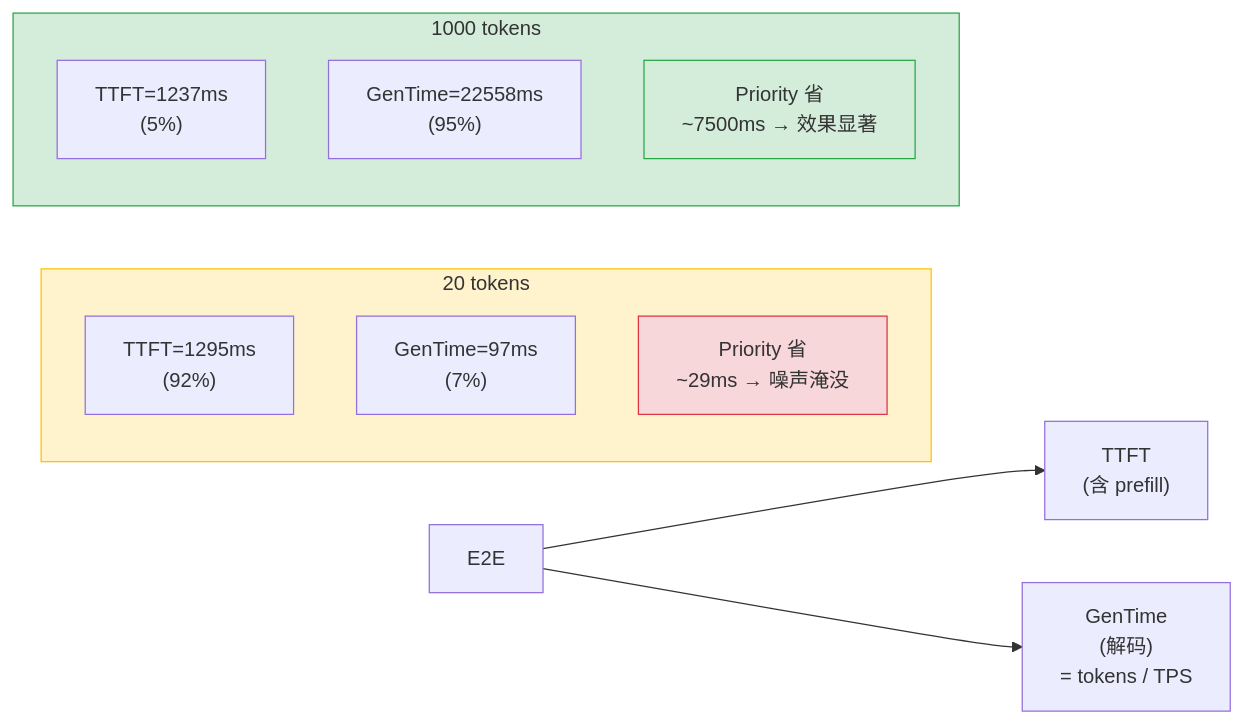
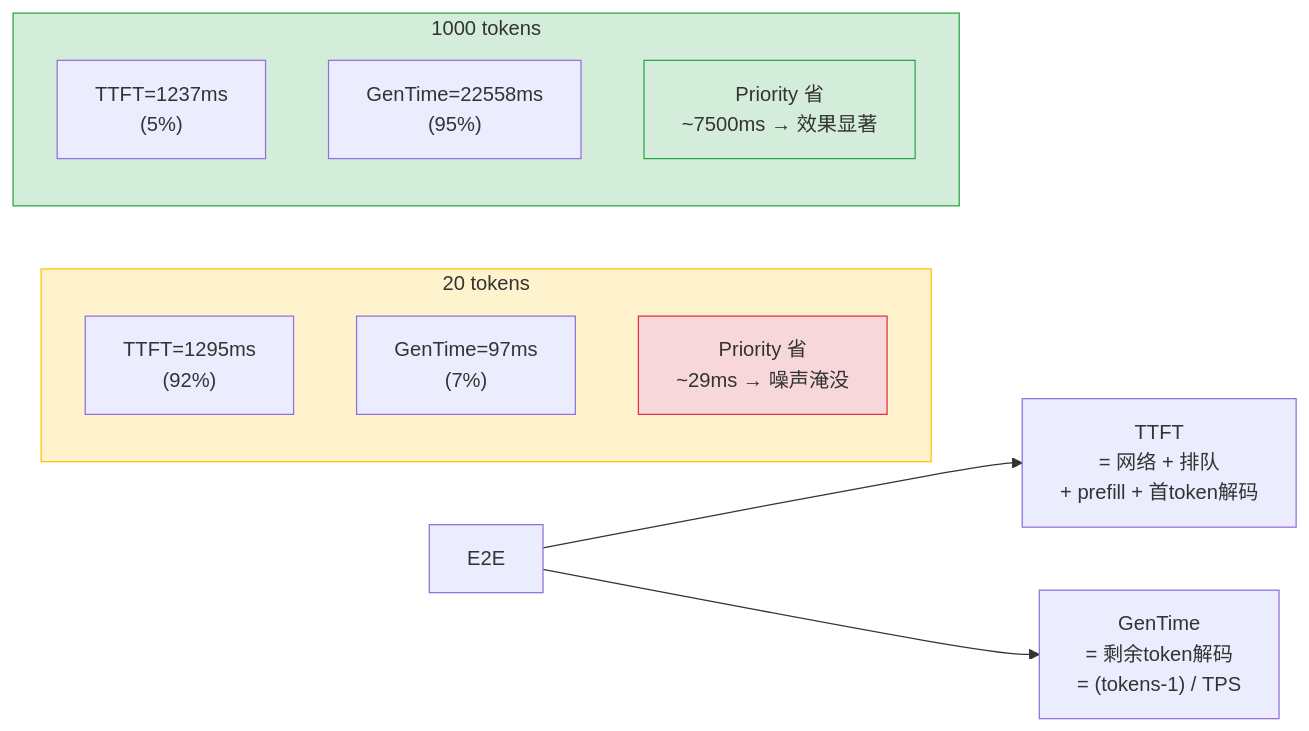
One commit to david-xinyuwei/david-share changed the first of 3 diagrams in Agents/AOAI-Priority-Processing-Benchmark/README-CN.md. Above: the diagram before and after it, drawn with Mermaid. The commit also changed other lines of this file and 1 other file, not shown here.

Commit message:
Precise TTFT/GenTime definitions: TTFT = network+queue+prefill+1st decode; GenTime = remaining decodes

````diff
--- a/Agents/AOAI-Priority-Processing-Benchmark/README-CN.md
+++ b/Agents/AOAI-Priority-Processing-Benchmark/README-CN.md
@@ -21,22 +21,22 @@
 ```mermaid
 flowchart LR
-    E2E["E2E"] --> TTFT["TTFT<br/>(含 prefill)"]
-    E2E --> GenTime["GenTime<br/>(解码)<br/>= tokens / TPS"]
+    E2E["E2E"] --> TTFT["TTFT<br/>= 网络 + 排队<br/>+ prefill + 首token解码"]
+    E2E --> GenTime["GenTime<br/>= 剩余token解码<br/>= (tokens-1) / TPS"]
     
     subgraph S20["20 tokens"]
         T20["TTFT=1295ms<br/>(92%)"]
         G20["GenTime=97ms<br/>(7%)"]
         R20["Priority 省<br/>~29ms → 噪声淹没"]
     end
     
     subgraph S1000["1000 tokens"]
         T1000["TTFT=1237ms<br/>(5%)"]
         G1000["GenTime=22558ms<br/>(95%)"]
         R1000["Priority 省<br/>~7500ms → 效果显著"]
     end
     
     style S20 fill:#fff3cd,stroke:#ffc107
     style S1000 fill:#d4edda,stroke:#28a745
     style R20 fill:#f8d7da,stroke:#dc3545
     style R1000 fill:#d4edda,stroke:#28a745
 ```
````
